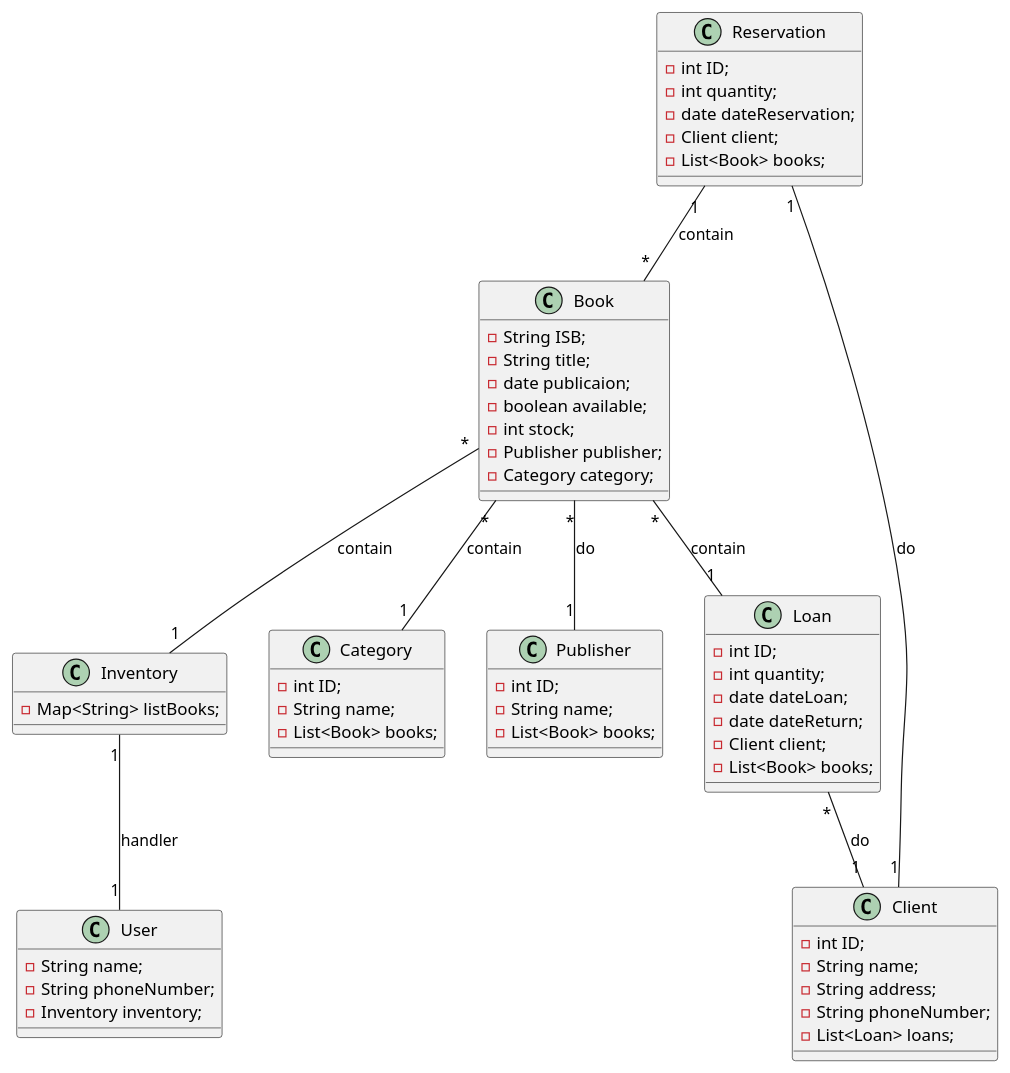
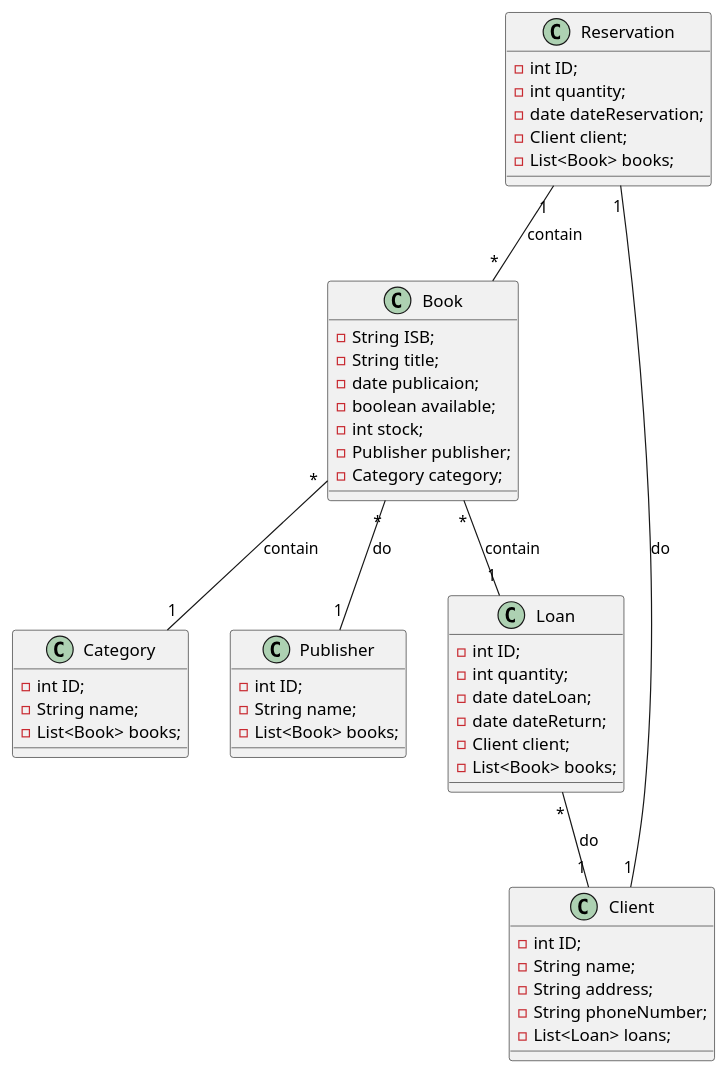
Before and after one commit to Juan-J-Barraza/LibraTech: the diagram in build/classes/co/edu/unicolombo/s3/poo/inventory/library/Docs/diagrams.puml, drawn with PlantUML. The commit also changed 6 other files, not shown here.

```diff
--- a/build/classes/co/edu/unicolombo/s3/poo/inventory/library/Docs/diagrams.puml
+++ b/build/classes/co/edu/unicolombo/s3/poo/inventory/library/Docs/diagrams.puml
@@ -1,82 +1,70 @@
 @startuml ""
 
 
 class Book {
     - String ISB;
     - String title;
     - date publicaion;
     - boolean available;
     - int stock;
     - Publisher publisher;
     - Category category;
 }
 
-
-class User {
-    - String name;
-    - String phoneNumber;
-    - Inventory inventory;
-}
-
-class Inventory {
-    - Map<String> listBooks; 
-}
 
 
 class Category {
     - int ID;
     - String name;
     - List<Book> books;
 }
 
 
 class Publisher {
     - int ID;
     - String name;
     - List<Book> books;
 }
 
 
 class Client {
     - int ID;
     - String name;
     - String address;
     - String phoneNumber;
     - List<Loan> loans;
 
 }
 
 class Loan {
     - int ID;
     - int quantity;
     - date dateLoan;
     - date dateReturn;
     - Client client;
     - List<Book> books;
 
 }
 
 class Reservation {
     - int ID;
     - int quantity;
     - date dateReservation;
     - Client client;
     - List<Book> books;
 }
 
 
 
 ' relatioships
 
 Book "*" -- "1" Publisher: do
 Book "*" -- "1" Category: contain
 Book "*" -- "1" Loan: contain
-Book "*" -- "1" Inventory: contain
 Loan "*" -- "1" Client: do
 Reservation "1" -- "1" Client: do
 Reservation "1" -- "*" Book: contain
-Inventory "1" -- "1" User: handler
 
 
 
 @enduml
```
